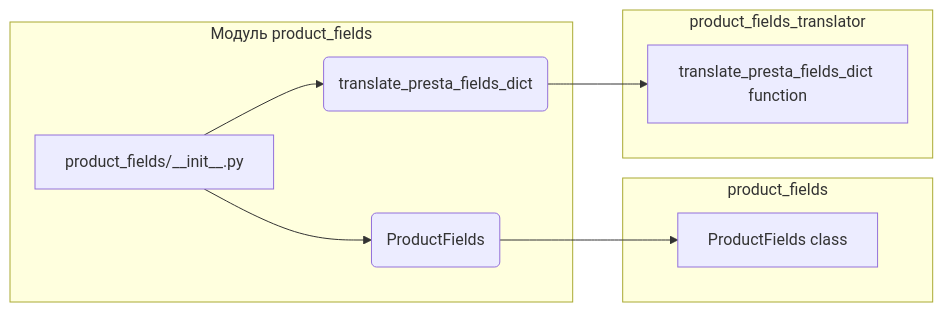
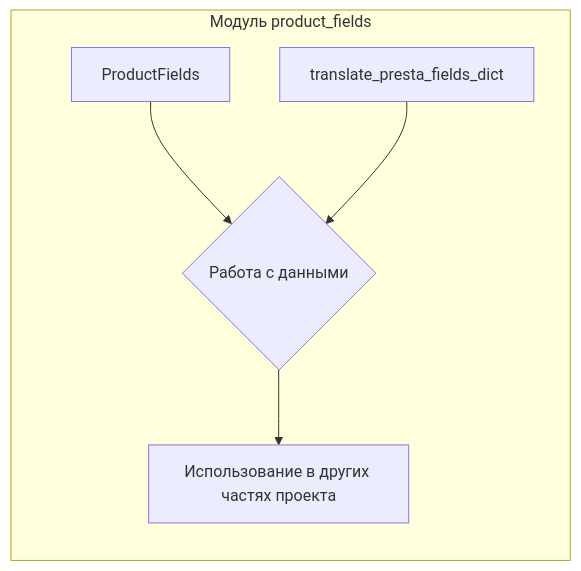
One commit to hypo69/hypo changed the second of 2 diagrams in docs/gemini/ru/explainer/src/product/product_fields/__init__.md. Above: the diagram before and after it, drawn with Mermaid. The commit also changed other lines of this file and 468 other files, not shown here.

````diff
--- a/docs/gemini/ru/explainer/src/product/product_fields/__init__.md
+++ b/docs/gemini/ru/explainer/src/product/product_fields/__init__.md
@@ -43,13 +38,8 @@
 ```mermaid
 graph LR
     subgraph Модуль product_fields
-        A[product_fields/__init__.py] --> B(ProductFields);
-        A --> C(translate_presta_fields_dict);
-    end
-    subgraph product_fields
-        B --> D[ProductFields class];
-    end
-    subgraph product_fields_translator
-        C --> E[translate_presta_fields_dict function];
+        A[ProductFields] --> B{Работа с данными};
+        C[translate_presta_fields_dict] --> B;
+        B --> D[Использование в других частях проекта];
     end
 ```
````
